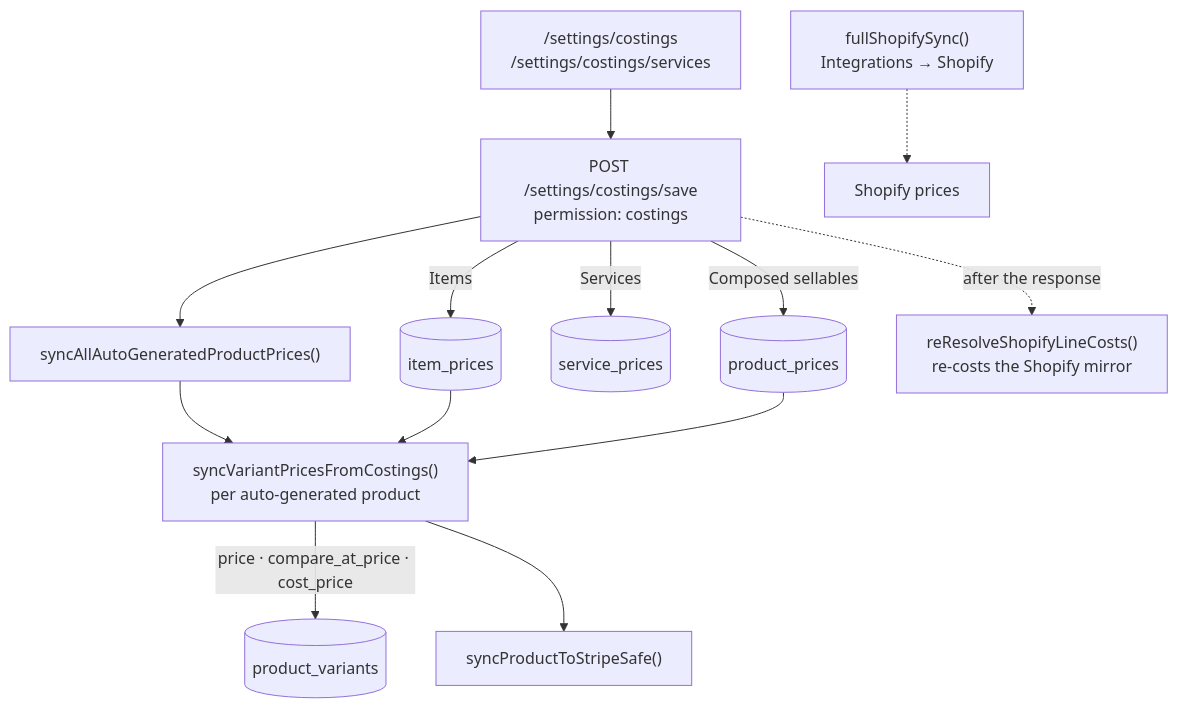
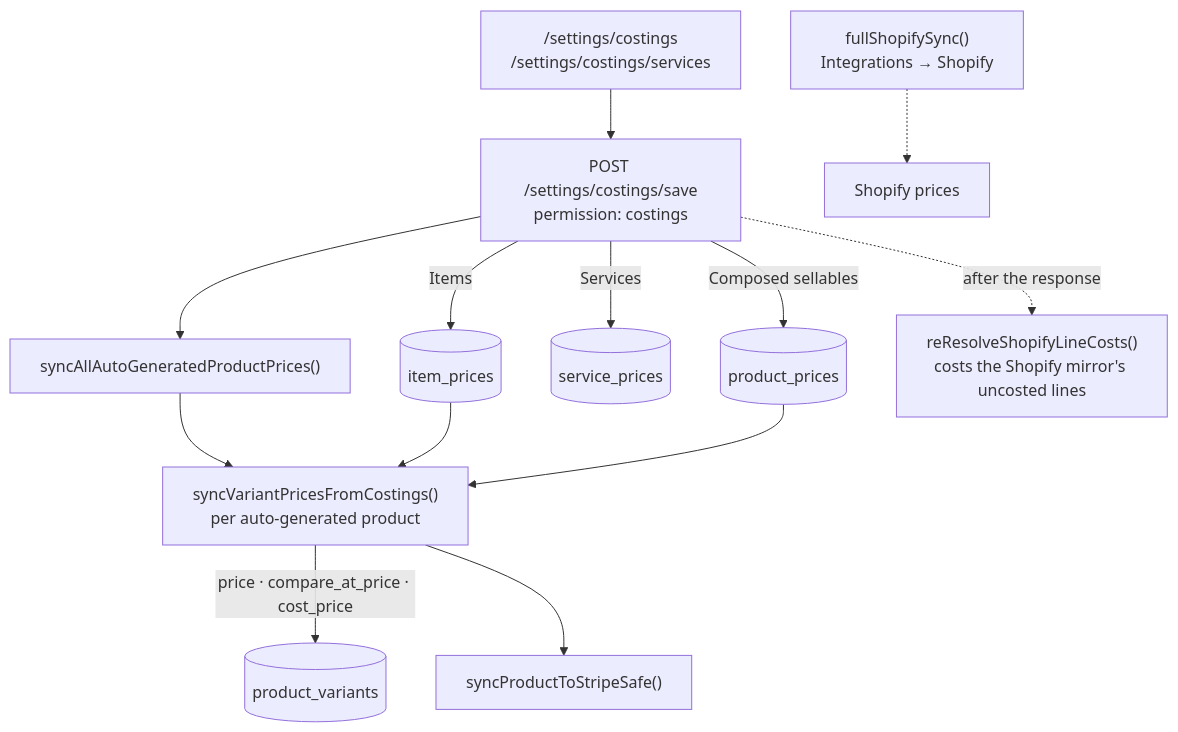
The second of 2 diagrams in docs/data-flows/settings.md (ivanyeors/mp), drawn with Mermaid before and after one commit. The commit also changed other lines of this file and 40 other files, not shown here.

````diff
--- a/docs/data-flows/settings.md
+++ b/docs/data-flows/settings.md
@@ -56,15 +56,15 @@
 ```mermaid
 flowchart TD
   ui["/settings/costings<br/>/settings/costings/services"] --> save["POST /settings/costings/save<br/>permission: costings"]
   save -->|"Items"| ip[(item_prices)]
   save -->|"Composed sellables"| pp[(product_prices)]
   save -->|"Services"| sp[(service_prices)]
   save --> sync["syncAllAutoGeneratedProductPrices()"]
   sync --> svp["syncVariantPricesFromCostings()<br/>per auto-generated product"]
   ip --> svp
   pp --> svp
   svp -->|"price · compare_at_price · cost_price"| pv[(product_variants)]
   svp --> stripe["syncProductToStripeSafe()"]
-  save -.->|"after the response"| rr["reResolveShopifyLineCosts()<br/>re-costs the Shopify mirror"]
+  save -.->|"after the response"| rr["reResolveShopifyLineCosts()<br/>costs the Shopify mirror's uncosted lines"]
   fullsync["fullShopifySync()<br/>Integrations → Shopify"] -.-> shp["Shopify prices"]
 ```
````
